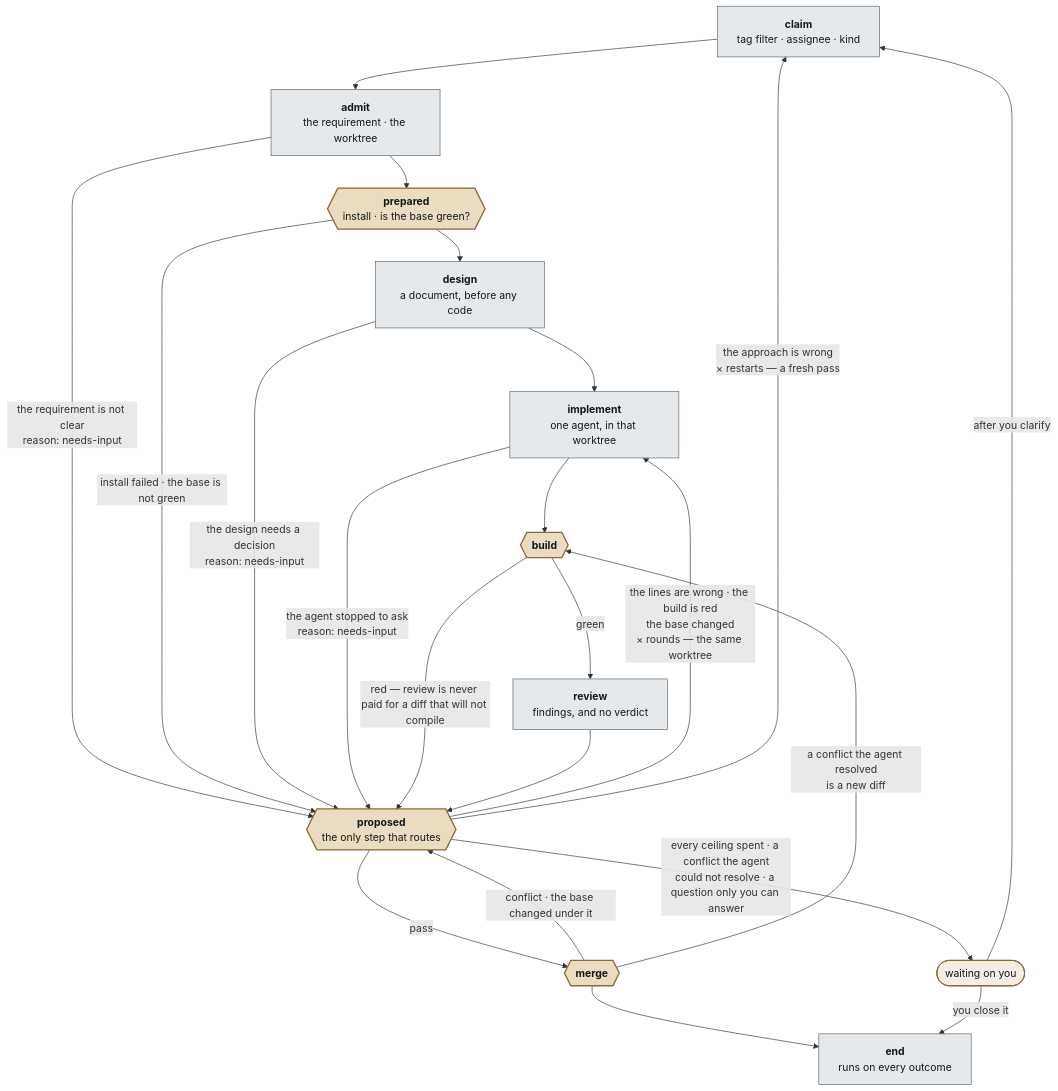
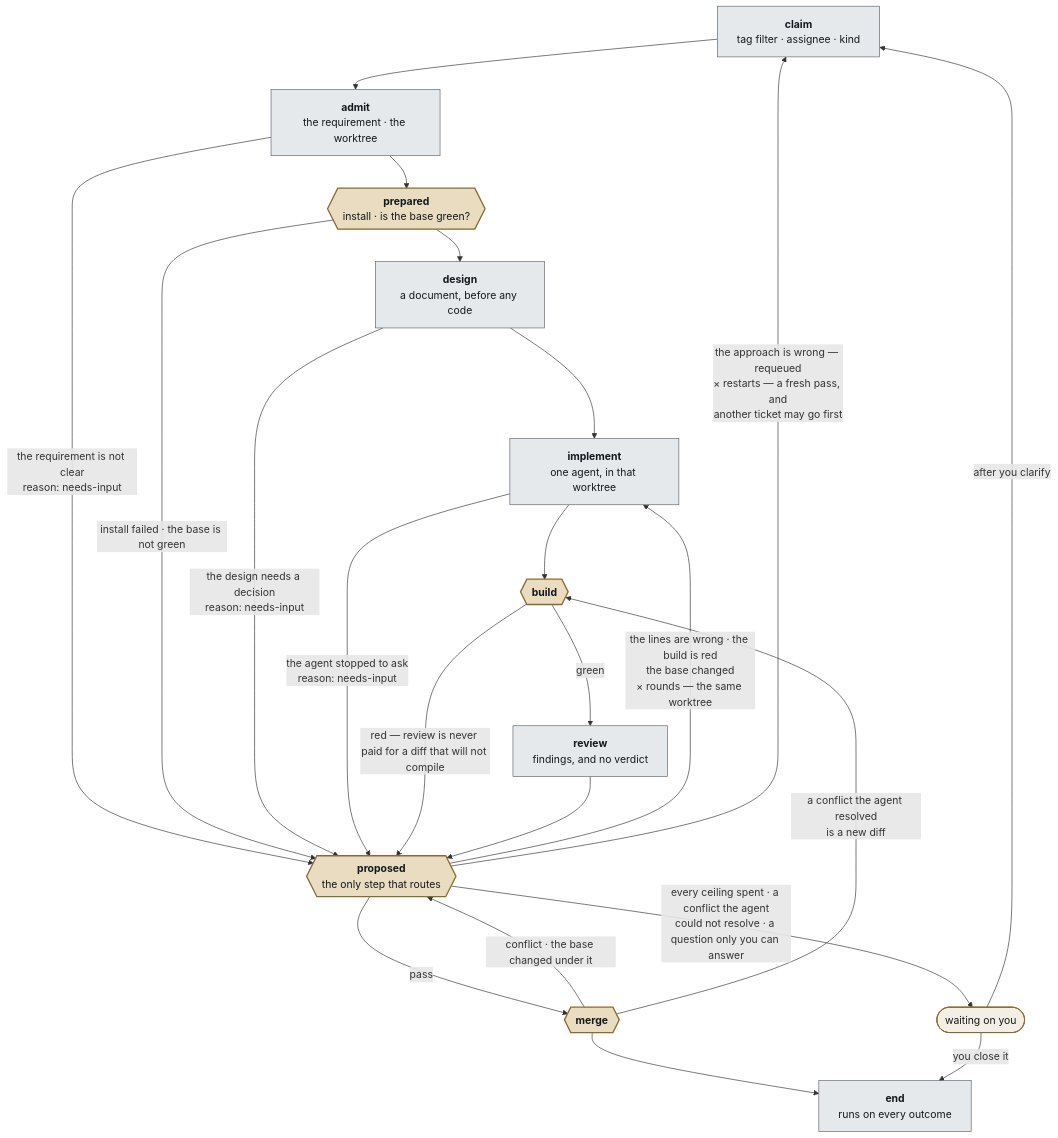
The diagram in doc/decisions/0058-lingtai-is-a-development-pipeline.md (steven-zhc/lingtai), drawn with Mermaid before and after one commit. The commit also changed other lines of this file and 1 other file, not shown here.

First line of the commit message:
0058/0061: design may produce nothing, backlog: is a plugin, a restart is a requeue, and the offered set knows how far the pass got

````diff
--- a/doc/decisions/0058-lingtai-is-a-development-pipeline.md
+++ b/doc/decisions/0058-lingtai-is-a-development-pipeline.md
@@ -199,40 +209,40 @@
 ```mermaid
 flowchart TB
   CL["<b>claim</b><br/>tag filter · assignee · kind"]
   AD["<b>admit</b><br/>the requirement · the worktree"]
   PR{{"<b>prepared</b><br/>install · is the base green?"}}
   DS["<b>design</b><br/>a document, before any code"]
   IM["<b>implement</b><br/>one agent, in that worktree"]
   BU{{"<b>build</b>"}}
   RV["<b>review</b><br/>findings, and no verdict"]
   PO{{"<b>proposed</b><br/>the only step that routes"}}
   MG{{"<b>merge</b>"}}
   EN["<b>end</b><br/>runs on every outcome"]
   WA(["waiting on you"])
 
   CL --> AD --> PR --> DS --> IM --> BU
   AD -->|"the requirement is not clear<br/>reason: needs-input"| PO
   PR -->|"install failed · the base is not green"| PO
   DS -->|"the design needs a decision<br/>reason: needs-input"| PO
   IM -->|"the agent stopped to ask<br/>reason: needs-input"| PO
   BU -->|"green"| RV
   BU -->|"red — review is never paid for a diff that will not compile"| PO
   RV --> PO
   PO -->|"pass"| MG
   MG --> EN
   MG -->|"conflict · the base changed under it"| PO
   MG -->|"a conflict the agent resolved<br/>is a new diff"| BU
 
   PO -->|"the lines are wrong · the build is red<br/>the base changed<br/>× rounds — the same worktree"| IM
-  PO -->|"the approach is wrong<br/>× restarts — a fresh pass"| CL
+  PO -->|"the approach is wrong — requeued<br/>× restarts — a fresh pass, and<br/>another ticket may go first"| CL
   PO -->|"every ceiling spent · a conflict the agent<br/>could not resolve · a question only you can answer"| WA
   WA -->|"after you clarify"| CL
   WA -->|"you close it"| EN
 
   classDef gate fill:#e9dcc0,stroke:#8a6a2e,stroke-width:2px,color:#14181c;
   classDef core fill:#e6e9ec,stroke:#5c646d,color:#14181c;
   classDef back fill:#f3efe4,stroke:#8a6a2e,stroke-width:1.5px,color:#14181c;
   class PR,BU,PO,MG gate;
   class CL,AD,DS,IM,RV,EN core;
   class WA back;
 ```
````
